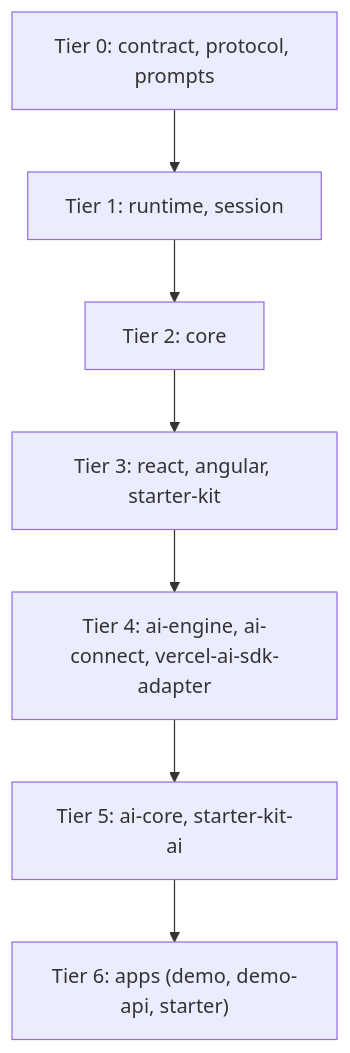
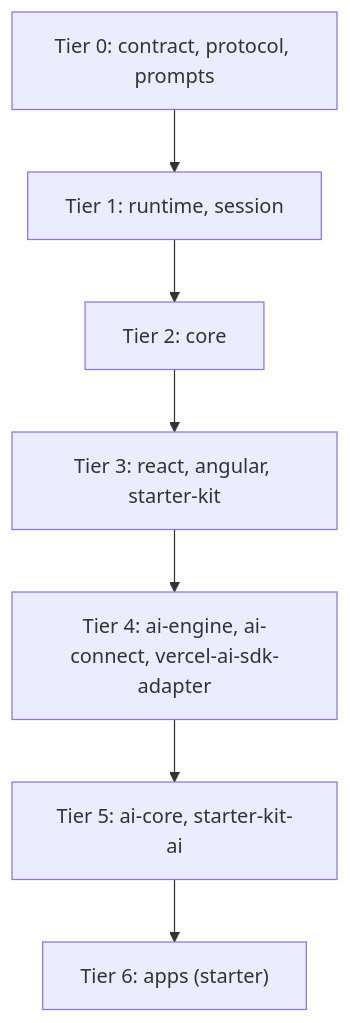
One commit to brytoncooper/continuum-dev changed the diagram in AI_ONBOARDING.md. Above: the diagram before and after it, drawn with Mermaid. The commit also changed other lines of this file and 5 other files, not shown here.

````diff
--- a/AI_ONBOARDING.md
+++ b/AI_ONBOARDING.md
@@ -103,11 +103,11 @@
 ```mermaid
 flowchart TB
   T0["Tier 0: contract, protocol, prompts"]
   T1["Tier 1: runtime, session"]
   T2["Tier 2: core"]
   T3["Tier 3: react, angular, starter-kit"]
   T4["Tier 4: ai-engine, ai-connect, vercel-ai-sdk-adapter"]
   T5["Tier 5: ai-core, starter-kit-ai"]
-  T6["Tier 6: apps (demo, demo-api, starter)"]
+  T6["Tier 6: apps (starter)"]
   T0 --> T1 --> T2 --> T3 --> T4 --> T5 --> T6
 ```
````
